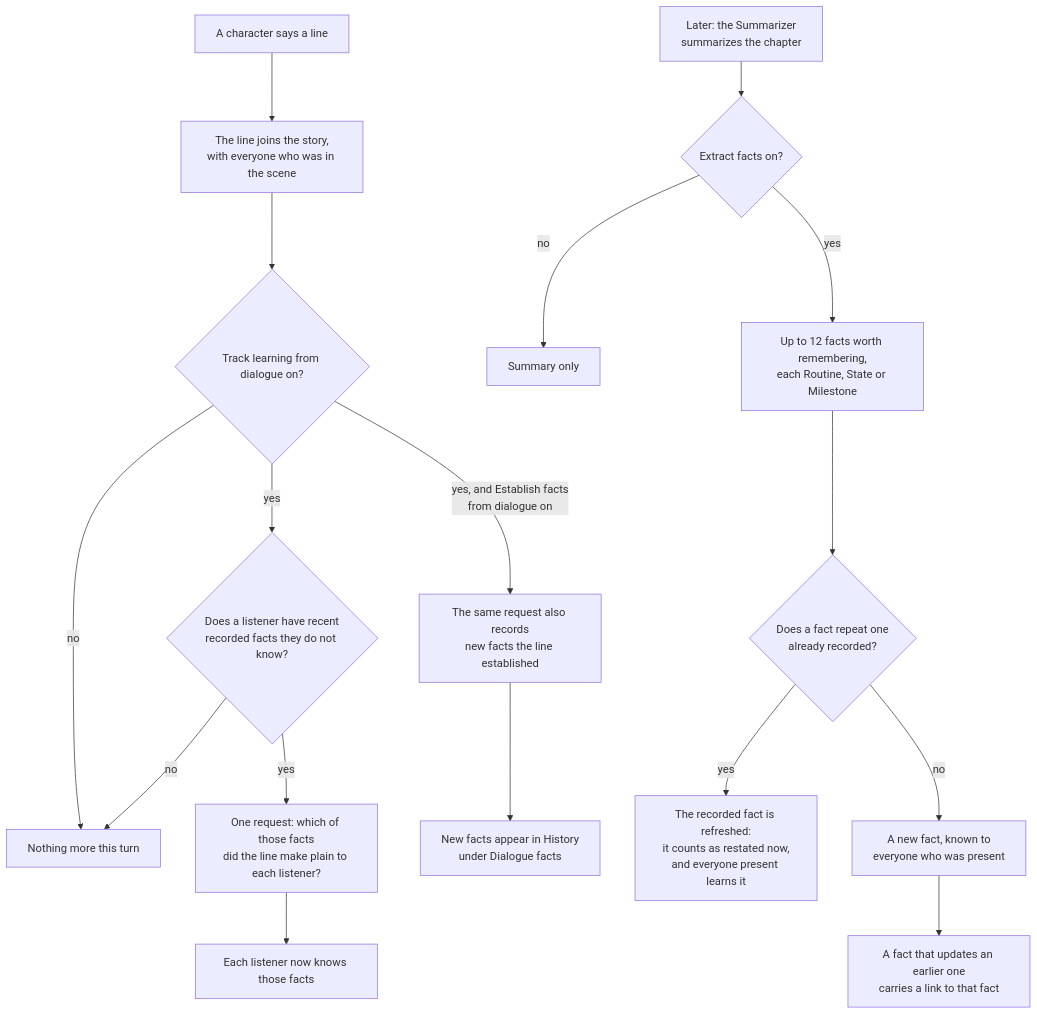
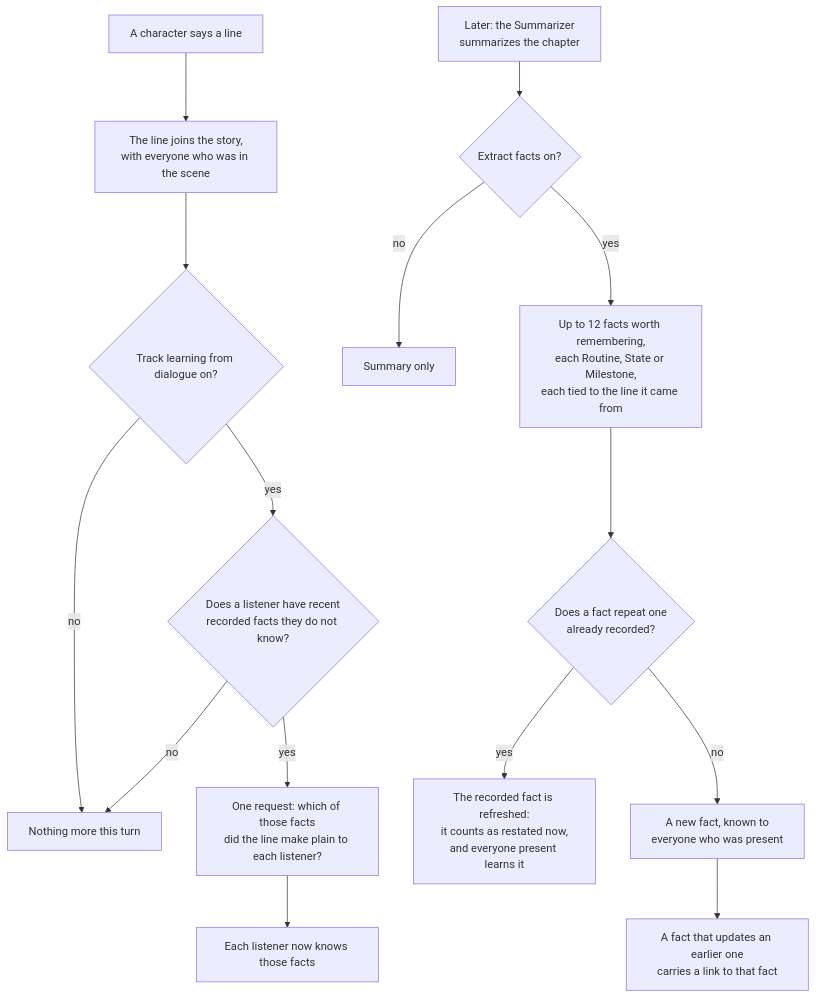
One commit to vegu-ai/talemate changed the first of 5 diagrams in docs/user-guide/world-editor/knowledge-how-it-works.md. Above: the diagram before and after it, drawn with Mermaid. The commit also changed other lines of this file and 72 other files, not shown here.

````diff
--- a/docs/user-guide/world-editor/knowledge-how-it-works.md
+++ b/docs/user-guide/world-editor/knowledge-how-it-works.md
@@ -32,20 +32,18 @@
 ```mermaid
 flowchart TD
     A["A character says a line"] --> B["The line joins the story,<br/>with everyone who was in the scene"]
     B --> C{"Track learning from dialogue on?"}
     C -- "no" --> Z["Nothing more this turn"]
     C -- "yes" --> D{"Does a listener have recent<br/>recorded facts they do not know?"}
     D -- "no" --> Z
     D -- "yes" --> E["One request: which of those facts<br/>did the line make plain to each listener?"]
     E --> F["Each listener now knows those facts"]
-    C -- "yes, and Establish facts<br/>from dialogue on" --> G["The same request also records<br/>new facts the line established"]
-    G --> H["New facts appear in History<br/>under Dialogue facts"]
 
     S["Later: the Summarizer<br/>summarizes the chapter"] --> T{"Extract facts on?"}
     T -- "no" --> Y["Summary only"]
-    T -- "yes" --> U["Up to 12 facts worth remembering,<br/>each Routine, State or Milestone"]
+    T -- "yes" --> U["Up to 12 facts worth remembering,<br/>each Routine, State or Milestone,<br/>each tied to the line it came from"]
     U --> V{"Does a fact repeat one<br/>already recorded?"}
     V -- "yes" --> W["The recorded fact is refreshed:<br/>it counts as restated now,<br/>and everyone present learns it"]
     V -- "no" --> X["A new fact, known to<br/>everyone who was present"]
     X --> X2["A fact that updates an earlier one<br/>carries a link to that fact"]
 ```
````
